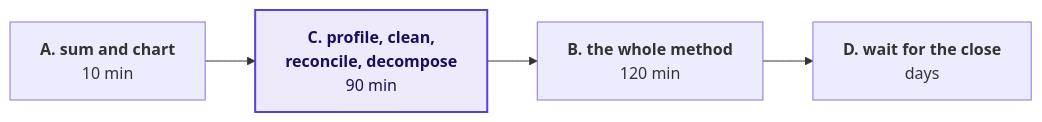
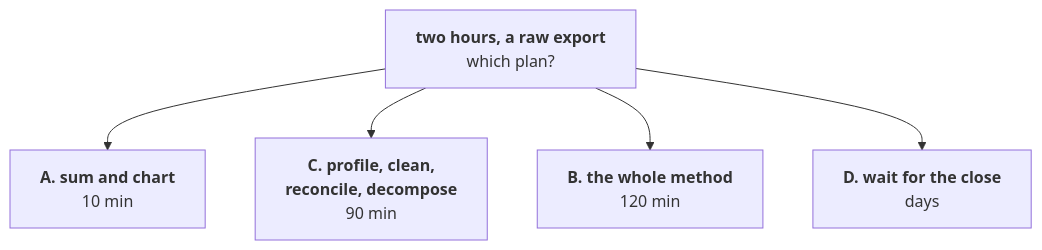
The fifth of 6 diagrams in content/W01/D5/slides/C2_W01_D05_rehearsal_STUDENT.md (fde-academy-lab/c2-content-factory), drawn with Mermaid before and after one commit. The commit also changed other lines of this file and 21 other files, not shown here.

````diff
--- a/content/W01/D5/slides/C2_W01_D05_rehearsal_STUDENT.md
+++ b/content/W01/D5/slides/C2_W01_D05_rehearsal_STUDENT.md
@@ -212,8 +212,7 @@
 ```mermaid
-flowchart LR
-    A["<b>A. sum and chart</b><br/>10 min"] --> B["<b>C. profile, clean,<br/>reconcile, decompose</b><br/>90 min"]
-    B --> C["<b>B. the whole method</b><br/>120 min"]
-    C --> D["<b>D. wait for the close</b><br/>days"]
-    classDef known fill:#EEEAFB,stroke:#5B3FD6,color:#1A0F5C,stroke-width:2px
-    class B known
+flowchart TB
+    Q["<b>two hours, a raw export</b><br/>which plan?"] --> A["<b>A. sum and chart</b><br/>10 min"]
+    Q --> C["<b>C. profile, clean,<br/>reconcile, decompose</b><br/>90 min"]
+    Q --> B["<b>B. the whole method</b><br/>120 min"]
+    Q --> D["<b>D. wait for the close</b><br/>days"]
 ```
````
